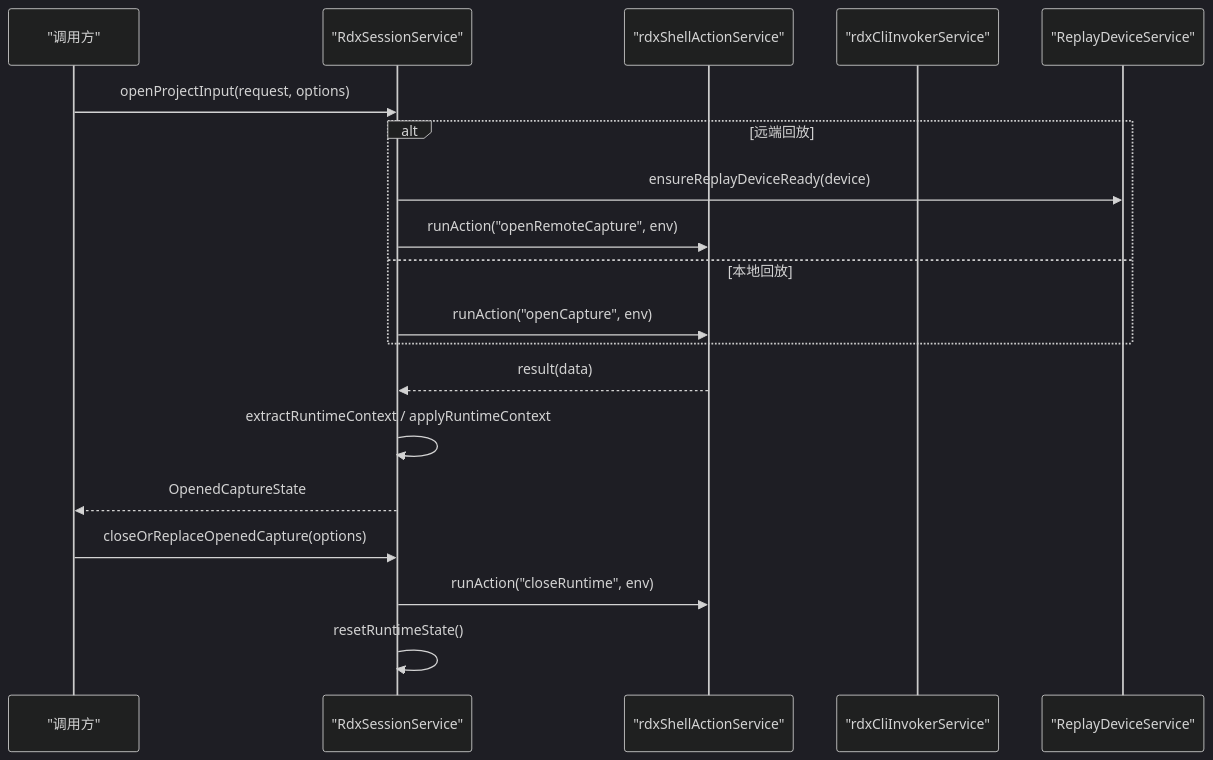
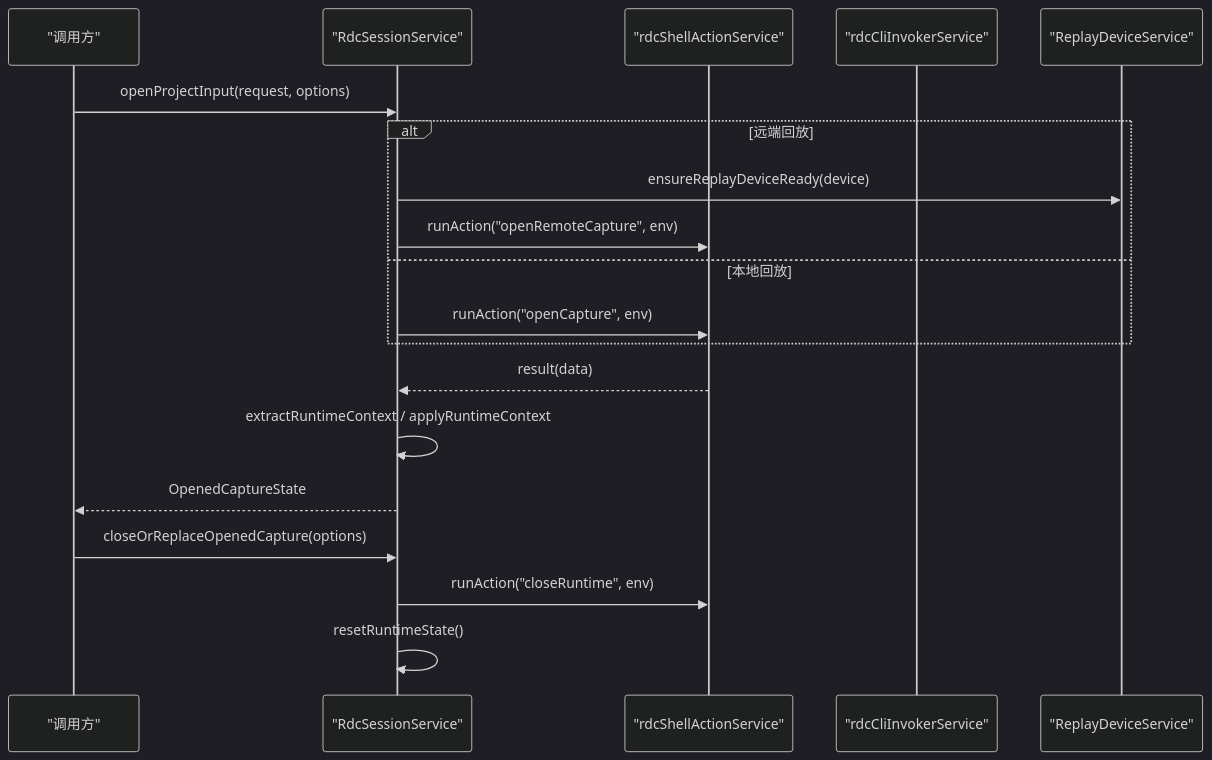
Before and after one commit to haolange/RDC-Agent: the sixth of 10 diagrams in .qoder/repowiki/zh/content/架构设计/主进程架构/主进程架构.md, drawn with Mermaid (dark theme). The commit also changed other lines of this file and 557 other files, not shown here.

````diff
--- a/.qoder/repowiki/zh/content/架构设计/主进程架构/主进程架构.md
+++ b/.qoder/repowiki/zh/content/架构设计/主进程架构/主进程架构.md
@@ -249,21 +249,21 @@
 ```mermaid
 sequenceDiagram
 participant Caller as "调用方"
-participant Svc as "RdxSessionService"
-participant Shell as "rdxShellActionService"
-participant Cli as "rdxCliInvokerService"
+participant Svc as "RdcSessionService"
+participant Shell as "rdcShellActionService"
+participant Cli as "rdcCliInvokerService"
 participant Replay as "ReplayDeviceService"
 Caller->>Svc : openProjectInput(request, options)
 alt 远端回放
 Svc->>Replay : ensureReplayDeviceReady(device)
 Svc->>Shell : runAction("openRemoteCapture", env)
 else 本地回放
 Svc->>Shell : runAction("openCapture", env)
 end
 Shell-->>Svc : result(data)
 Svc->>Svc : extractRuntimeContext / applyRuntimeContext
 Svc-->>Caller : OpenedCaptureState
 Caller->>Svc : closeOrReplaceOpenedCapture(options)
 Svc->>Shell : runAction("closeRuntime", env)
 Svc->>Svc : resetRuntimeState()
 ```
````
